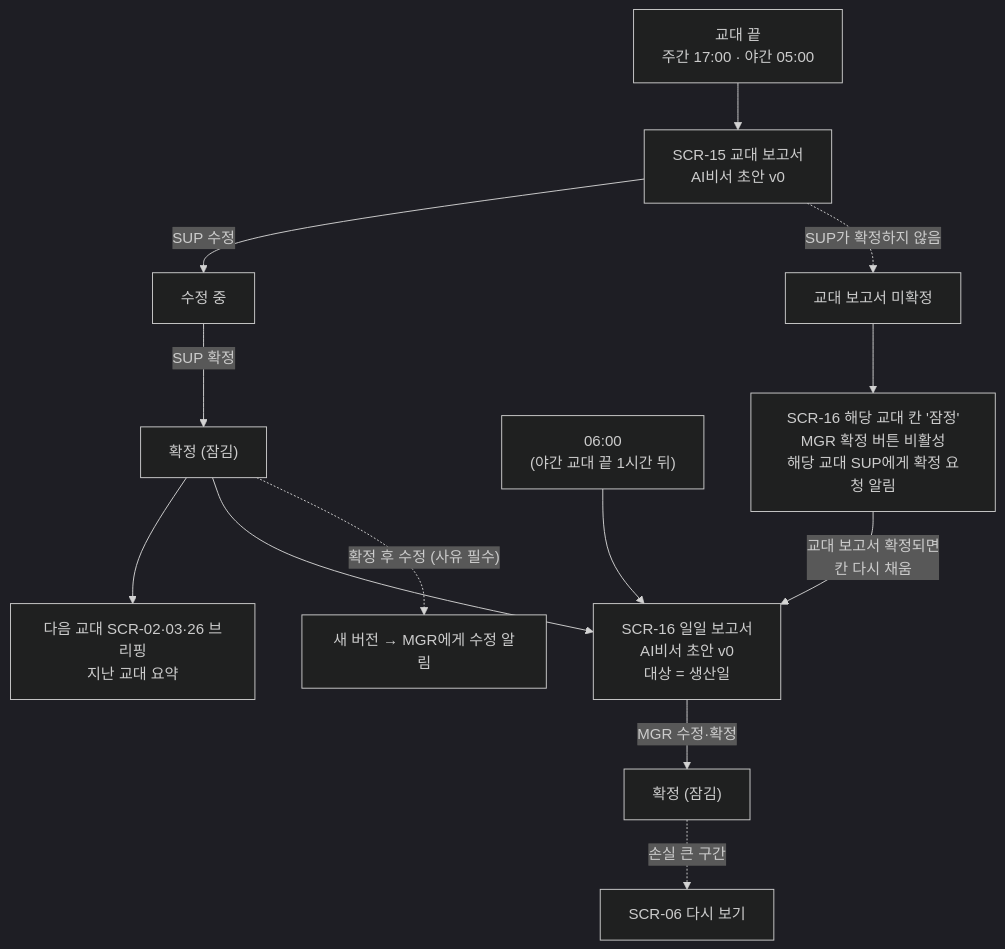
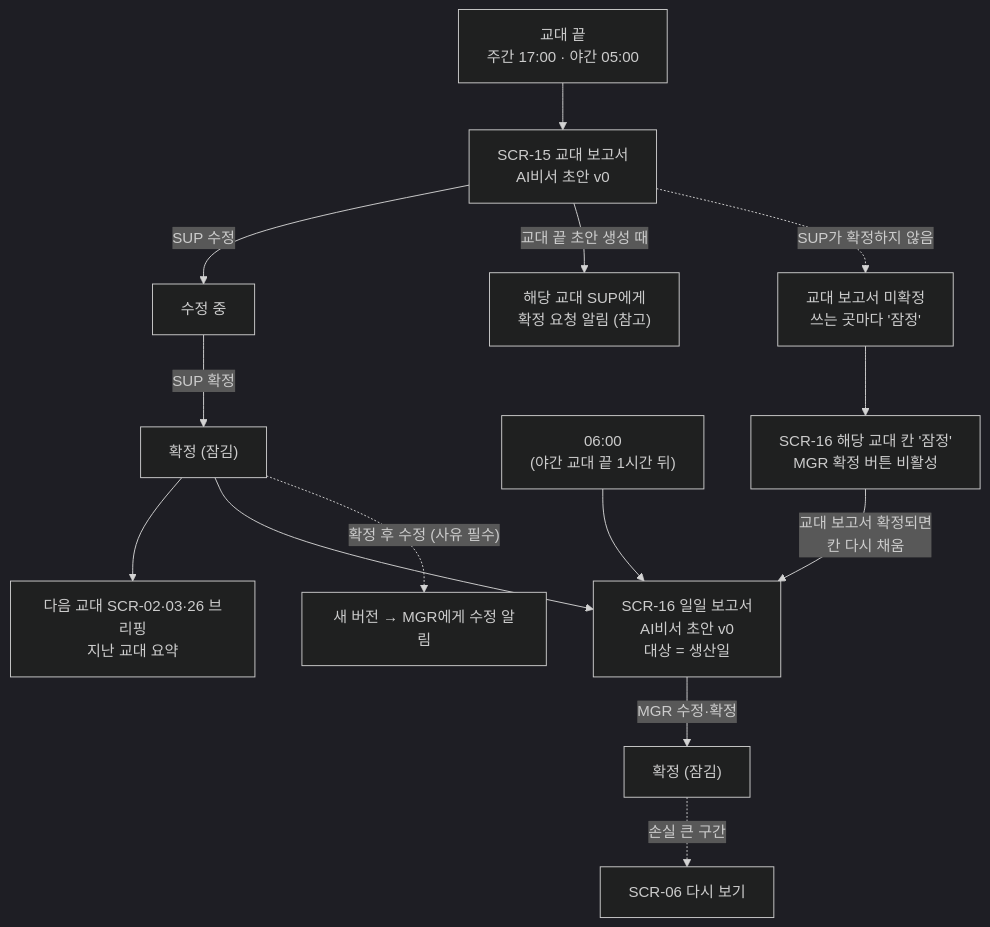
One commit to Ion-Mill/VF-2 changed the third of 3 diagrams in 11_automotive/UI설계서_최종본.md. Above: the diagram before and after it, drawn with Mermaid (dark theme). The commit also changed other lines of this file and 13 other files, not shown here.

````diff
--- a/11_automotive/UI설계서_최종본.md
+++ b/11_automotive/UI설계서_최종본.md
@@ -440,15 +443,16 @@
 ```mermaid
 flowchart TD
     E["교대 끝<br/>주간 17:00 · 야간 05:00"] --> SR["SCR-15 교대 보고서<br/>AI비서 초안 v0"]
     SR -- "SUP 수정" --> SR2["수정 중"]
     SR2 -- "SUP 확정" --> SRC["확정 (잠김)"]
-    SR -. "SUP가 확정하지 않음" .-> PEND["교대 보고서 미확정"]
+    SR -- "교대 끝 초안 생성 때" --> REQ["해당 교대 SUP에게<br/>확정 요청 알림 (참고)"]
+    SR -. "SUP가 확정하지 않음" .-> PEND["교대 보고서 미확정<br/>쓰는 곳마다 '잠정'"]
     SRC --> NB["다음 교대 SCR-02·03·26 브리핑<br/>지난 교대 요약"]
     D["06:00<br/>(야간 교대 끝 1시간 뒤)"] --> DR["SCR-16 일일 보고서<br/>AI비서 초안 v0<br/>대상 = 생산일"]
     SRC --> DR
-    PEND --> DRP["SCR-16 해당 교대 칸 '잠정'<br/>MGR 확정 버튼 비활성<br/>해당 교대 SUP에게 확정 요청 알림"]
+    PEND --> DRP["SCR-16 해당 교대 칸 '잠정'<br/>MGR 확정 버튼 비활성"]
     DRP -- "교대 보고서 확정되면<br/>칸 다시 채움" --> DR
     DR -- "MGR 수정·확정" --> DRC["확정 (잠김)"]
     SRC -. "확정 후 수정 (사유 필수)" .-> V["새 버전 → MGR에게 수정 알림"]
     DRC -. "손실 큰 구간" .-> RP2["SCR-06 다시 보기"]
 ```
````
